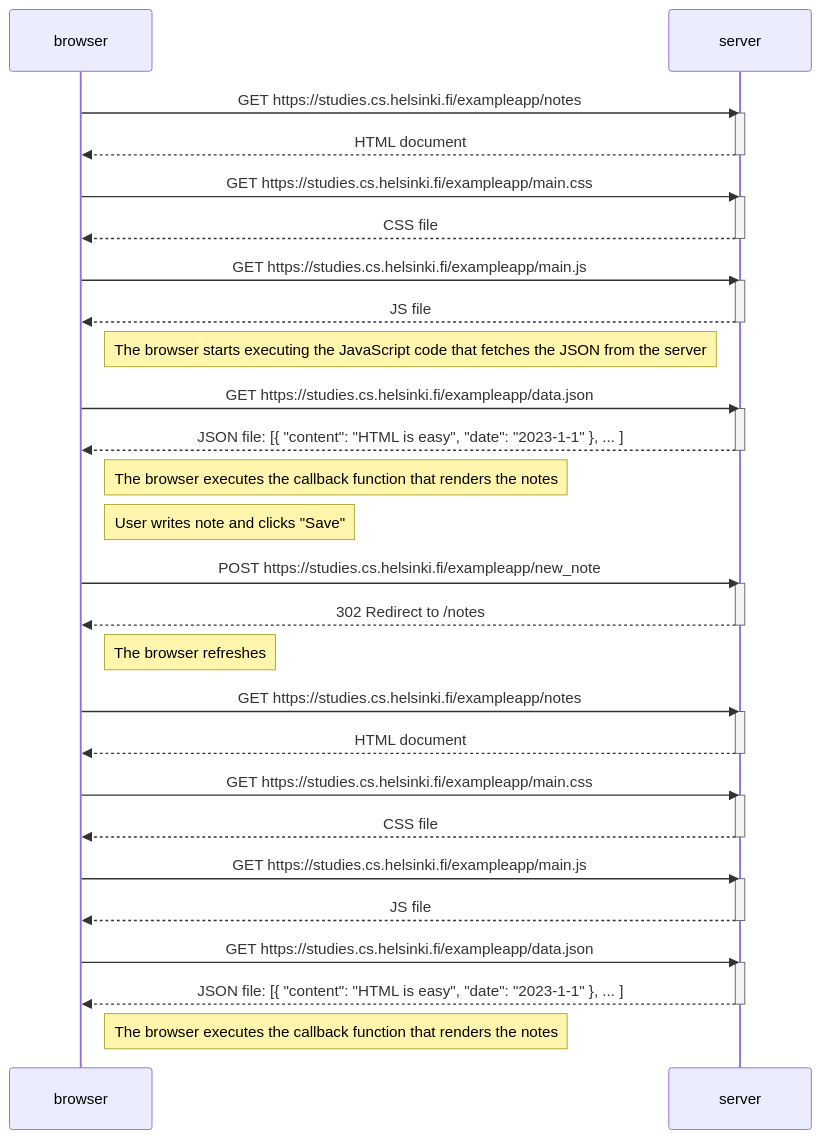
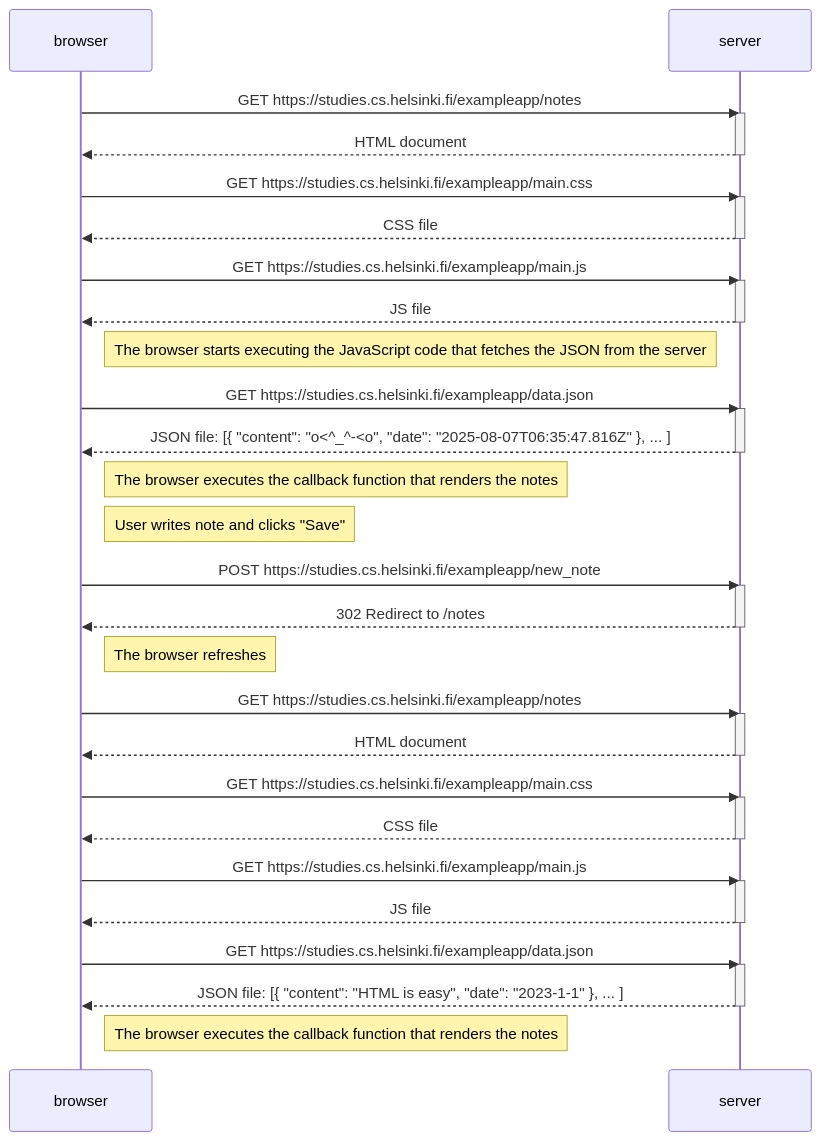
Before and after one commit to JakkoKoba/fullstack-course: the diagram in part-0/0.4.md, drawn with Mermaid. The commit also changed 1 other file, not shown here.

Commit message:
Complete exercise 0.5 of part 0
+ Create "part-0/0.5.md"
+ Update "part-0/0.5.md"
~ Update "part-0/0.4.md" due to mistake in line 25.

````diff
--- a/part-0/0.4.md
+++ b/part-0/0.4.md
@@ -1,59 +1,59 @@
 ```mermaid
 sequenceDiagram
     participant browser
     participant server
 
     browser->>server: GET https://studies.cs.helsinki.fi/exampleapp/notes
     activate server
     server-->>browser: HTML document
     deactivate server
 
     browser->>server: GET https://studies.cs.helsinki.fi/exampleapp/main.css
     activate server
     server-->>browser: CSS file
     deactivate server
 
     browser->>server: GET https://studies.cs.helsinki.fi/exampleapp/main.js
     activate server
     server-->>browser: JS file
     deactivate server
 
     Note right of browser: The browser starts executing the JavaScript code that fetches the JSON from the server
 
     browser->>server: GET https://studies.cs.helsinki.fi/exampleapp/data.json
     activate server
-    server-->>browser: JSON file: [{ "content": "HTML is easy", "date": "2023-1-1" }, ... ]
+    server-->>browser: JSON file: [{ "content": "o<^_^-<o", "date": "2025-08-07T06:35:47.816Z" }, ... ]
     deactivate server
 
     Note right of browser: The browser executes the callback function that renders the notes
     Note right of browser: User writes note and clicks "Save"
 
     browser->>server: POST https://studies.cs.helsinki.fi/exampleapp/new_note
     activate server
     server-->>browser: 302 Redirect to /notes
     deactivate server
 
     Note right of browser: The browser refreshes
 
     browser->>server: GET https://studies.cs.helsinki.fi/exampleapp/notes
     activate server
     server-->>browser: HTML document
     deactivate server
 
     browser->>server: GET https://studies.cs.helsinki.fi/exampleapp/main.css
     activate server
     server-->>browser: CSS file
     deactivate server
 
     browser->>server: GET https://studies.cs.helsinki.fi/exampleapp/main.js
     activate server
     server-->>browser: JS file
     deactivate server
 
     browser->>server: GET https://studies.cs.helsinki.fi/exampleapp/data.json
     activate server
     server-->>browser: JSON file: [{ "content": "HTML is easy", "date": "2023-1-1" }, ... ]
     deactivate server
 
     Note right of browser: The browser executes the callback function that renders the notes
 ```
````
